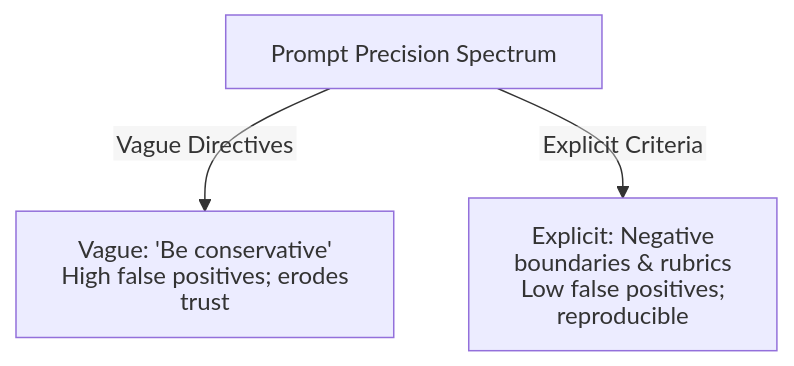
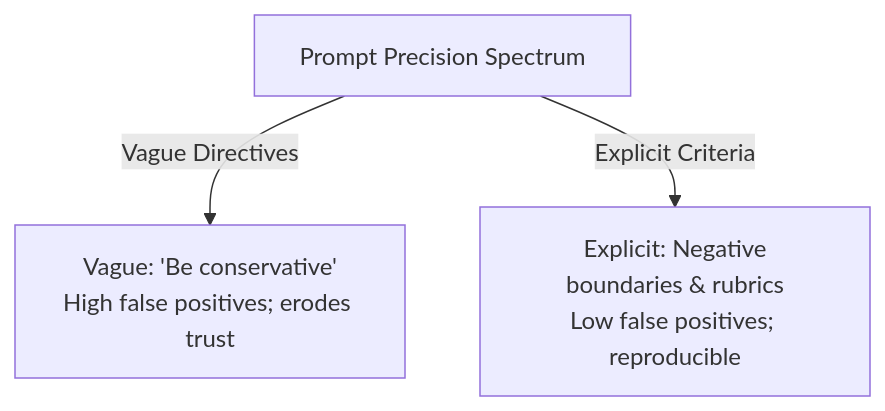
One commit to dip4k/claude_cert_architect_foundation_prep changed the second of 5 diagrams in domain4/KEY_CONCEPTS.md. Above: the diagram before and after it, drawn with Mermaid. The commit also changed other lines of this file and 99 other files, not shown here.

````diff
--- a/domain4/KEY_CONCEPTS.md
+++ b/domain4/KEY_CONCEPTS.md
@@ -69,10 +65,6 @@
 ```mermaid
----
-config:
-  htmlLabels: false
----
 flowchart TD
     Spectrum["Prompt Precision Spectrum"]
     Spectrum -->|Vague Directives| Vague["Vague: 'Be conservative'<br>High false positives; erodes trust"]
-    Spectrum -->|Explicit Criteria| Explicit["Explicit: Negative boundaries & rubrics<br>Low false positives; reproducible"]
+    Spectrum -->|Explicit Criteria| Explicit["Explicit: Negative<br>boundaries & rubrics<br>Low false positives; reproducible"]
 ```
````
